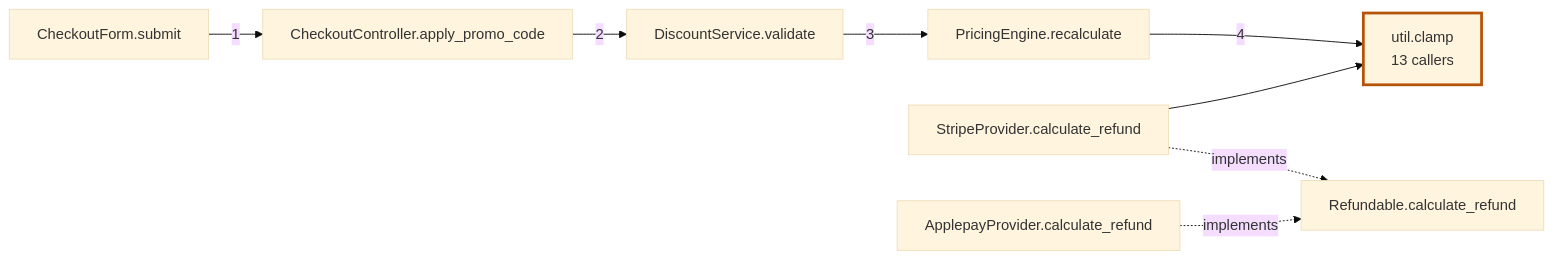
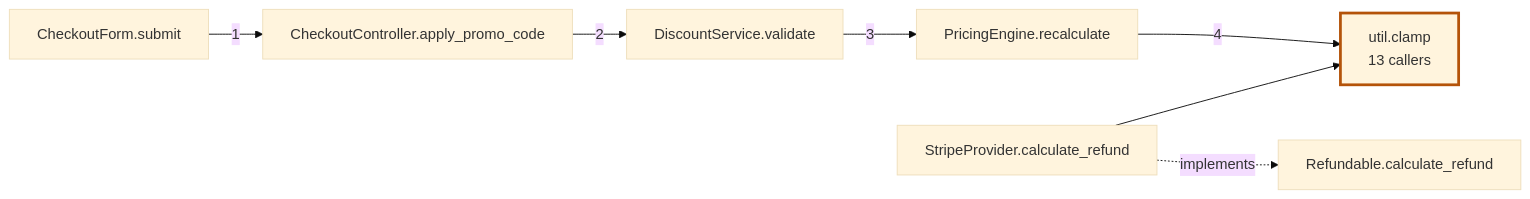
Before and after one commit to printSamarth/scopia: the diagram in README.md, drawn with Mermaid (base theme). The commit also changed other lines of this file and 39 other files, not shown here.

````diff
--- a/README.md
+++ b/README.md
@@ -112,12 +176,11 @@
 ```mermaid
 flowchart LR
   n0["CheckoutForm.submit"] -->|"1"| n1["CheckoutController.apply_promo_code"]
   n1 -->|"2"| n2["DiscountService.validate"]
   n2 -->|"3"| n3["PricingEngine.recalculate"]
   n3 -->|"4"| n4["util.clamp<br/>13 callers"]
   n5["StripeProvider.calculate_refund"] --> n4
   n5 -.->|"implements"| n6["Refundable.calculate_refund"]
-  n7["ApplepayProvider.calculate_refund"] -.->|"implements"| n6
   class n4 hot
   classDef hot stroke-width:3px,stroke:#b45309
 ```
````
